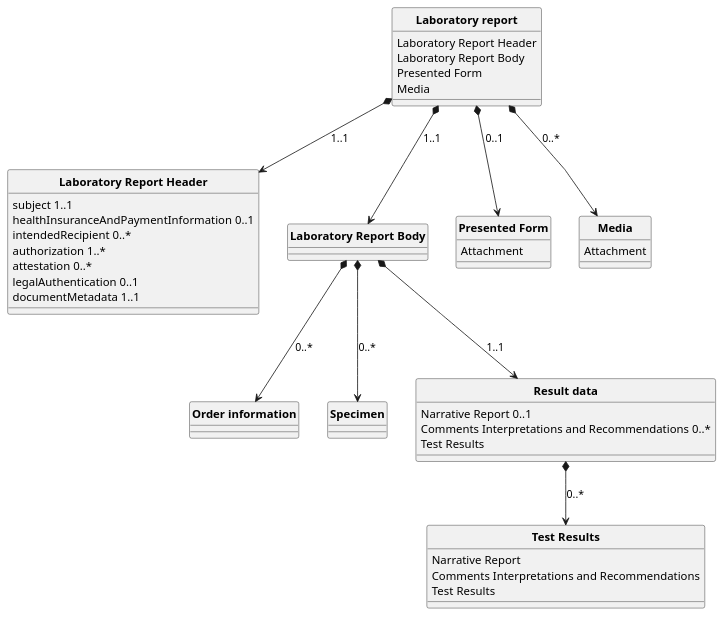
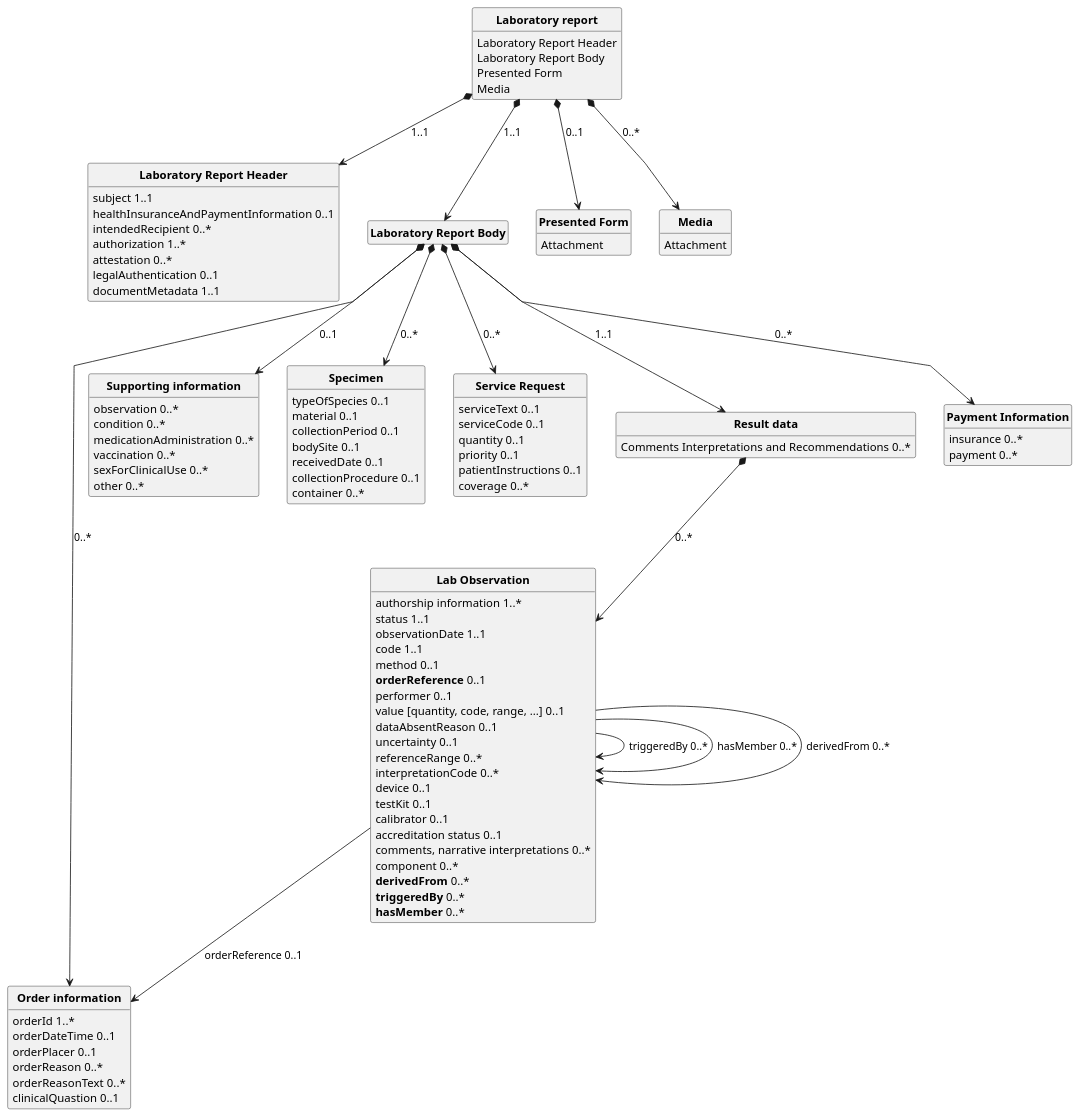
Before and after one commit to Xt-EHR/xt-ehr-common: the diagram in input/images-source/laboratory_report.plantuml, drawn with PlantUML.

Commit message:
Update laboratory_report.plantuml
Refine UML LRR model

```diff
--- a/input/images-source/laboratory_report.plantuml
+++ b/input/images-source/laboratory_report.plantuml
@@ -1,68 +1,128 @@
 @startuml
 skinparam linetype polyline
 hide circle
 hide stereotype
-
+hide empty members
 
 class "**Laboratory report**" as labReport{
   Laboratory Report Header
   Laboratory Report Body
   Presented Form
   Media
 }
 
 labReport *--> header: "1..1"
 labReport *--> body: "1..1"
 labReport *--> presentedForm: "0..1"
 labReport *--> media: "0..*"
 
 class "**Laboratory Report Header**" as header{
   subject 1..1
   healthInsuranceAndPaymentInformation 0..1
   intendedRecipient 0..*
   authorization 1..*
   attestation 0..*
   legalAuthentication 0..1
   documentMetadata 1..1
 }
 
 class "**Laboratory Report Body**" as body{
 }
 
 body *--> orderInformation: "0..*"
+body *--> supportingInformation: "0..1"
 body *--> specimen: "0..*"
+body *--> serviceRequest: "0..*"
 body *--> resultData: "1..1"
+body *--> healthInsuranceAndPaymentInformation: "0..*"
 
 class "**Order information**" as orderInformation {
-
+  orderId 1..*
+  orderDateTime 0..1
+  orderPlacer 0..1
+  orderReason 0..*
+  orderReasonText 0..*
+  clinicalQuastion 0..1
 }
 
-class "**Specimen**" as specimen {
-
+class "**Supporting information**" as supportingInformation {
+  observation 0..*
+  condition 0..*
+  medicationAdministration 0..*
+  vaccination 0..*
+  sexForClinicalUse 0..*
+  other 0..*
 }
 
+
+class "**Specimen**" as specimen {
+  typeOfSpecies 0..1
+  material 0..1
+  collectionPeriod 0..1
+  bodySite 0..1
+  receivedDate 0..1
+  collectionProcedure 0..1
+  container 0..*
+}
+
+class "**Service Request**" as serviceRequest {
+  serviceText 0..1
+  serviceCode 0..1
+  quantity 0..1
+  priority 0..1
+  patientInstructions 0..1
+  coverage 0..*
+}
+
+
 class "**Result data**" as resultData {
-  Narrative Report 0..1
   Comments Interpretations and Recommendations 0..*
-  Test Results
 }
 
 resultData *--> results: 0..*
 
-class "**Test Results**" as results {
-  Narrative Report
-  Comments Interpretations and Recommendations
-  Test Results
+class "**Lab Observation**" as results {
+  authorship information 1..*
+  status 1..1
+  observationDate 1..1
+  code 1..1
+  method 0..1
+  **orderReference** 0..1
+  performer 0..1
+  value [quantity, code, range, ...] 0..1
+  dataAbsentReason 0..1
+  uncertainty 0..1
+  referenceRange 0..*
+  interpretationCode 0..*
+  device 0..1
+  testKit 0..1
+  calibrator 0..1
+  accreditation status 0..1
+  comments, narrative interpretations 0..*
+  component 0..*
+  **derivedFrom** 0..*
+  **triggeredBy** 0..*
+  **hasMember** 0..*
 }
+
+results --> results: "triggeredBy 0..*"
+results --> results: "hasMember 0..*"
+results --> results: "derivedFrom 0..*"
+results --> orderInformation: "orderReference 0..1"
 
 
 class "**Presented Form**" as presentedForm {
   Attachment
 }
 
 class "**Media**" as media {
   Attachment
 }
 
+class "**Payment Information**" as healthInsuranceAndPaymentInformation {
+  insurance 0..*
+  payment 0..*
+}
+
 
 @enduml
```
